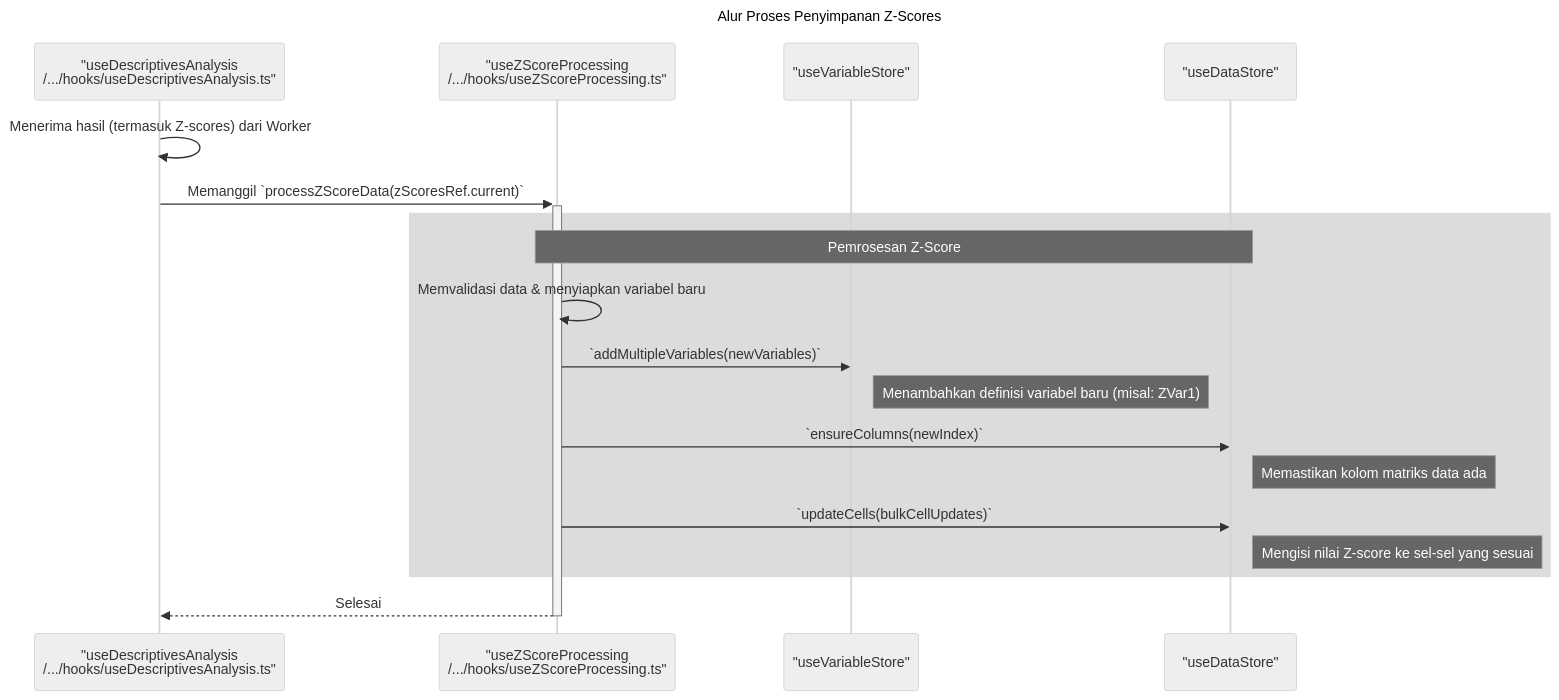
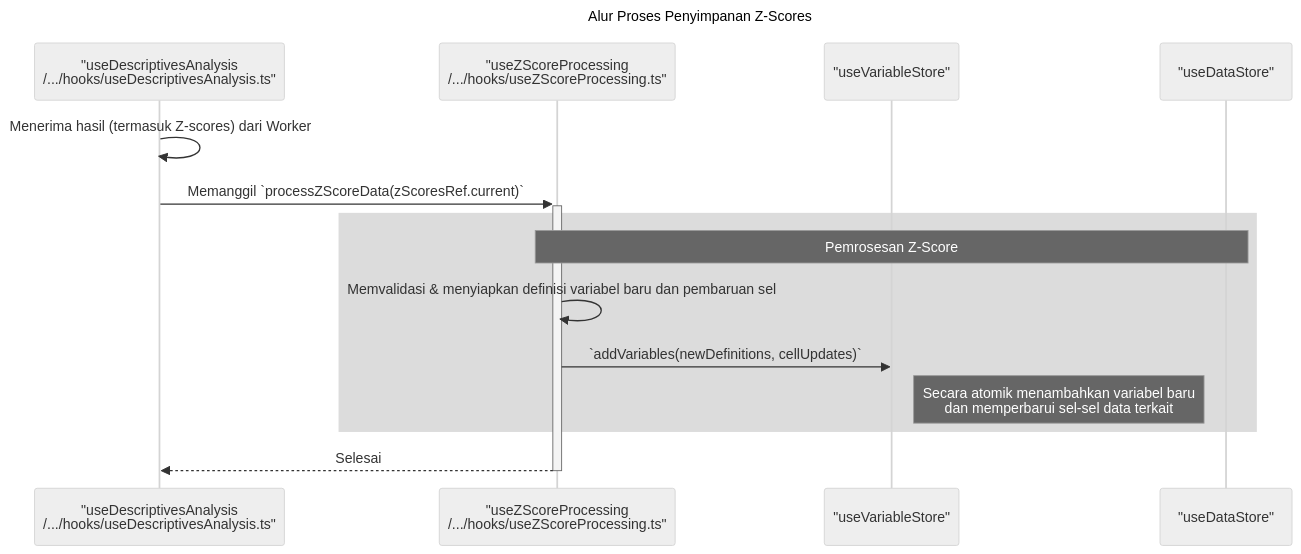
The third of 3 diagrams in frontend/docs/Sequence-Diagram/Descriptive/descriptive.md (wilskk/statify), drawn with Mermaid (neutral theme) before and after one commit. The commit also changed 25 other files, not shown here.

````diff
--- a/frontend/docs/Sequence-Diagram/Descriptive/descriptive.md
+++ b/frontend/docs/Sequence-Diagram/Descriptive/descriptive.md
@@ -87,26 +87,20 @@
 ```mermaid
 sequenceDiagram
     title: Alur Proses Penyimpanan Z-Scores
     participant AnalysisHook as "useDescriptivesAnalysis<br>/.../hooks/useDescriptivesAnalysis.ts"
     participant ZScoreHook as "useZScoreProcessing<br>/.../hooks/useZScoreProcessing.ts"
     participant VariableStore as "useVariableStore"
     participant DataStore as "useDataStore"
 
     AnalysisHook->>AnalysisHook: Menerima hasil (termasuk Z-scores) dari Worker
     AnalysisHook->>+ZScoreHook: Memanggil `processZScoreData(zScoresRef.current)`
 
     rect rgb(220, 220, 220)
     note over ZScoreHook, DataStore: Pemrosesan Z-Score
-    ZScoreHook->>ZScoreHook: Memvalidasi data & menyiapkan variabel baru
-    ZScoreHook->>VariableStore: `addMultipleVariables(newVariables)`
-    Note right of VariableStore: Menambahkan definisi variabel baru (misal: ZVar1)
-    
-    ZScoreHook->>DataStore: `ensureColumns(newIndex)`
-    Note right of DataStore: Memastikan kolom matriks data ada
-    
-    ZScoreHook->>DataStore: `updateCells(bulkCellUpdates)`
-    Note right of DataStore: Mengisi nilai Z-score ke sel-sel yang sesuai
+    ZScoreHook->>ZScoreHook: Memvalidasi & menyiapkan definisi variabel baru dan pembaruan sel
+    ZScoreHook->>VariableStore: `addVariables(newDefinitions, cellUpdates)`
+    Note right of VariableStore: Secara atomik menambahkan variabel baru<br/>dan memperbarui sel-sel data terkait
     end
 
     ZScoreHook-->>-AnalysisHook: Selesai
 ``` 
````
